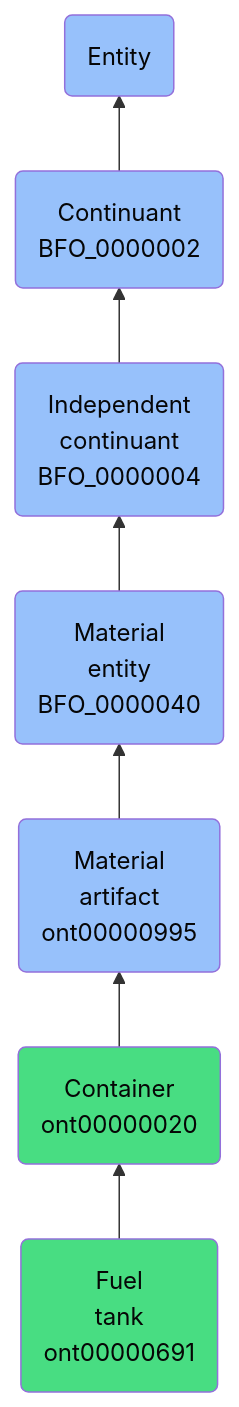
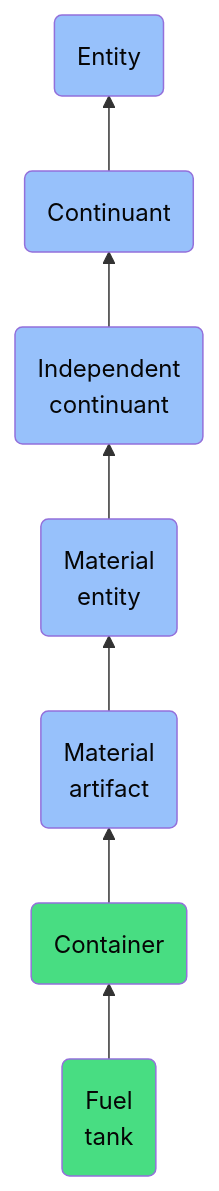
One commit to jupyter-naas/abi changed the diagram in docs/ontology/reference/model/Entity/Continuant/Independent continuant/Material entity/Material artifact/Container/Fuel tank/Fuel tank.md. Above: the diagram before and after it, drawn with Mermaid. The commit also changed other lines of this file and 1430 other files, not shown here.

````diff
--- a/docs/ontology/reference/model/Entity/Continuant/Independent continuant/Material entity/Material artifact/Container/Fuel tank/Fuel tank.md
+++ b/docs/ontology/reference/model/Entity/Continuant/Independent continuant/Material entity/Material artifact/Container/Fuel tank/Fuel tank.md
@@ -24,14 +24,14 @@
 ```mermaid
 graph BT
-    ont00000691(Fuel<br>tank<br>ont00000691):::ABI-->ont00000020
-    ont00000020(Container<br>ont00000020):::ABI-->ont00000995
-    ont00000995(Material<br>artifact<br>ont00000995):::BFO-->BFO_0000040
-    BFO_0000040(Material<br>entity<br>BFO_0000040):::BFO-->BFO_0000004
-    BFO_0000004(Independent<br>continuant<br>BFO_0000004):::BFO-->BFO_0000002
-    BFO_0000002(Continuant<br>BFO_0000002):::BFO-->BFO_0000001
+    ont00000691(Fuel<br>tank):::ABI-->ont00000020
+    ont00000020(Container):::ABI-->ont00000995
+    ont00000995(Material<br>artifact):::BFO-->BFO_0000040
+    BFO_0000040(Material<br>entity):::BFO-->BFO_0000004
+    BFO_0000004(Independent<br>continuant):::BFO-->BFO_0000002
+    BFO_0000002(Continuant):::BFO-->BFO_0000001
     BFO_0000001(Entity):::BFO
     
     classDef BFO fill:#97c1fb,color:#060606
     classDef CCO fill:#e4c51e,color:#060606
     classDef ABI fill:#48DD82,color:#060606
 ```
````
